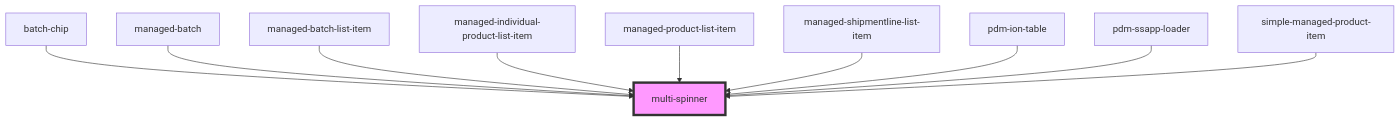
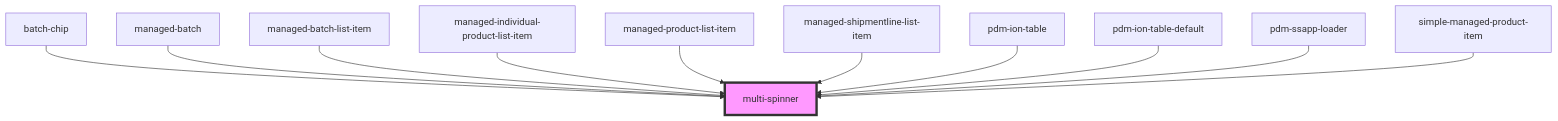
One commit to PharmaLedger-IMI/fgt-workspace changed the diagram in pdm-web-components/src/components/multi-spinner/readme.md. Above: the diagram before and after it, drawn with Mermaid. The commit also changed other lines of this file and 4 other files, not shown here.

````diff
--- a/pdm-web-components/src/components/multi-spinner/readme.md
+++ b/pdm-web-components/src/components/multi-spinner/readme.md
@@ -30,13 +31,14 @@
 ```mermaid
 graph TD;
   batch-chip --> multi-spinner
   managed-batch --> multi-spinner
   managed-batch-list-item --> multi-spinner
   managed-individual-product-list-item --> multi-spinner
   managed-product-list-item --> multi-spinner
   managed-shipmentline-list-item --> multi-spinner
   pdm-ion-table --> multi-spinner
+  pdm-ion-table-default --> multi-spinner
   pdm-ssapp-loader --> multi-spinner
   simple-managed-product-item --> multi-spinner
   style multi-spinner fill:#f9f,stroke:#333,stroke-width:4px
 ```
````
